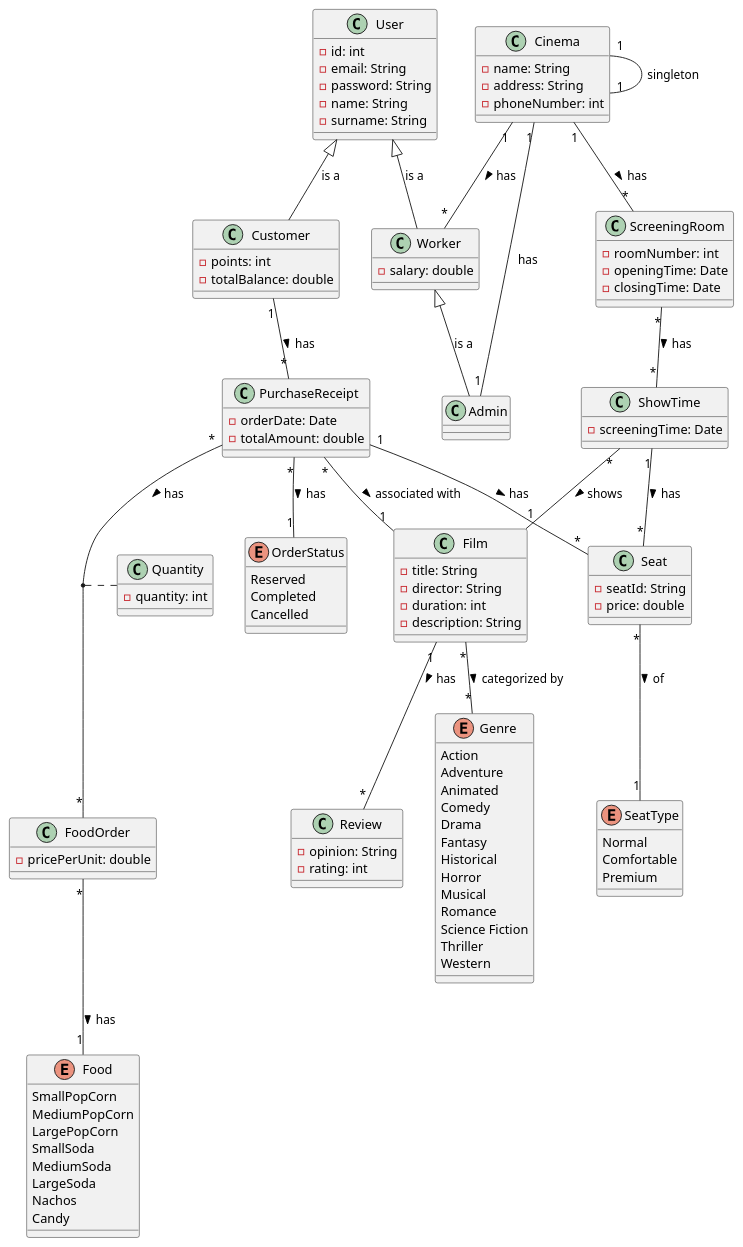
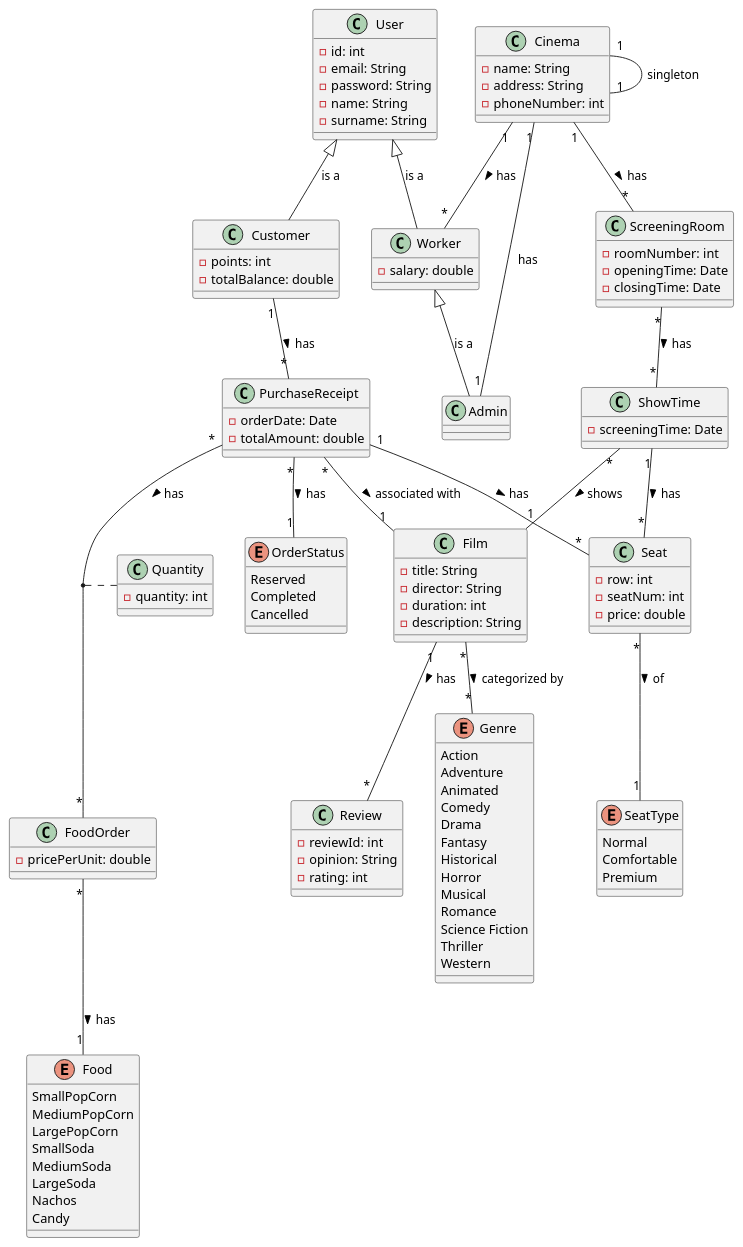
One commit to BenatErzibengoa/Cinema-app changed the diagram in docs/DomainModel.puml. Above: the diagram before and after it, drawn with PlantUML. The commit also changed 4 other files, not shown here.

```diff
--- a/docs/DomainModel.puml
+++ b/docs/DomainModel.puml
@@ -2,133 +2,135 @@
 @startuml
 class User{
   -id: int
   -email: String
   -password: String
   -name: String
   -surname: String
 
 }
 
 class Customer{
   -points: int
   -totalBalance: double
 }
 
 class Worker{
     -salary: double
 }
 
 class Admin{
 }
 
 class Cinema{
     -name: String
     -address: String
     -phoneNumber: int
 }
 
 class PurchaseReceipt{
   -orderDate: Date
   -totalAmount: double
 }
 
 class FoodOrder{
   -pricePerUnit: double
 }
 
 class ScreeningRoom{
   -roomNumber: int
   -openingTime: Date
   -closingTime: Date
 }
 
 class ShowTime{
   -screeningTime: Date
 }
 
 class Film{
   -title: String
   -director: String
   -duration: int
   -description: String
 }
 
 class Review{
+  -reviewId: int
   -opinion: String
   -rating: int
 }
 
 class Seat{
-  -seatId: String
+  -row: int
+  -seatNum: int
   -price: double
 }
 
 class Quantity{
   -quantity: int
 }
 
 enum Genre{
   Action
   Adventure
   Animated
   Comedy
   Drama
   Fantasy
   Historical
   Horror
   Musical
   Romance
   Science Fiction
   Thriller
   Western
 }
 
 enum OrderStatus{
   Reserved
   Completed
   Cancelled
 }
 
 enum Food{
   SmallPopCorn
   MediumPopCorn
   LargePopCorn
   SmallSoda
   MediumSoda
   LargeSoda
   Nachos
   Candy
 }
 
 enum SeatType{
   Normal
   Comfortable
   Premium
 }
 
 User <|-- Customer: is a
 User <|-- Worker: is a
 Worker<|-- Admin: is a
 
 Customer "1" -- "*" PurchaseReceipt: has >
 Cinema "1" -- "*" ScreeningRoom: has >
 Cinema "1" -- "1" Cinema: singleton
 Cinema "1" -- "1" Admin: has
 Cinema "1" -- "*" Worker: has >
 
 ScreeningRoom "*" -- "*" ShowTime: has >
 ShowTime "1" -- "*" Seat: has >
 
 Seat "*" -- "1" SeatType: of >
 ShowTime "*" -- "1" Film: shows >
 Film "1" -- "*" Review: has >
 Film "*" -- "*" Genre : categorized by >
 
 PurchaseReceipt "1" -- "*" Seat: has >
 PurchaseReceipt "*" -- "1" Film: associated with >
 PurchaseReceipt "*" -- "1" OrderStatus : has >
 PurchaseReceipt "*" -- "*" FoodOrder: has >
 
 FoodOrder "*" -- "1" Food: has >
 (PurchaseReceipt, FoodOrder) .. Quantity
 @enduml
```
